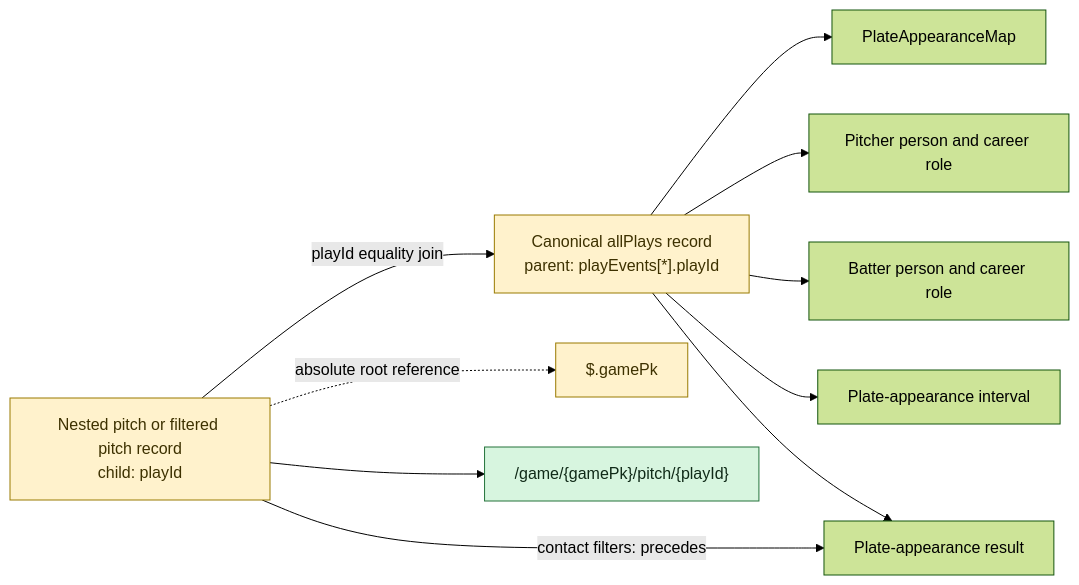
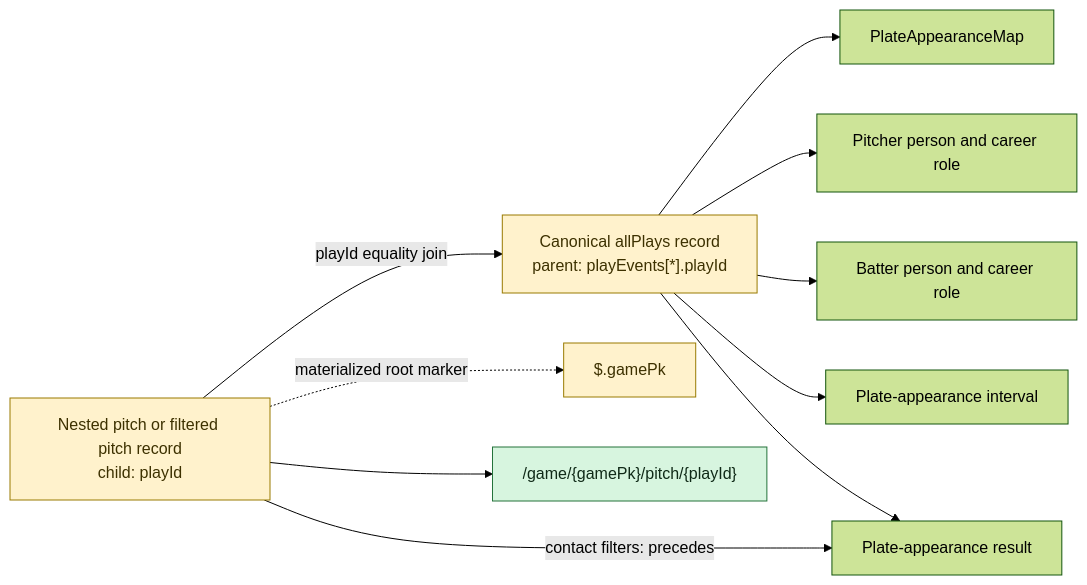
The first of 2 diagrams in mermaid/04-joins-and-identities.md (CarterBeauBenson/BaseballO), drawn with Mermaid (forest theme) before and after one commit. The commit also changed other lines of this file and 17 other files, not shown here.

````diff
--- a/mermaid/04-joins-and-identities.md
+++ b/mermaid/04-joins-and-identities.md
@@ -7,21 +7,21 @@
 ```mermaid
 flowchart LR
     PITCH["Nested pitch or filtered pitch record<br/>child: playId"]
     PLAY["Canonical allPlays record<br/>parent: playEvents[*].playId"]
 
     PITCH -->|"playId equality join"| PLAY
     PLAY --> PA["PlateAppearanceMap"]
     PLAY --> PITCHER["Pitcher person and career role"]
     PLAY --> BATTER["Batter person and career role"]
     PLAY --> PA_TIME["Plate-appearance interval"]
     PLAY --> RESULT["Plate-appearance result"]
 
-    PITCH -.->|"absolute root reference"| GAMEPK["$.gamePk"]
+    PITCH -.->|"materialized root marker"| GAMEPK["$.gamePk"]
     PITCH --> PITCH_IRI["/game/{gamePk}/pitch/{playId}"]
     PITCH -->|"contact filters: precedes"| RESULT
 
     classDef stable fill:#d7f5df,stroke:#24733b,color:#102a18;
     classDef test fill:#fff2cc,stroke:#997a00,color:#3d3100;
     class PITCH_IRI stable;
     class PITCH,PLAY,GAMEPK test;
 ```
````
